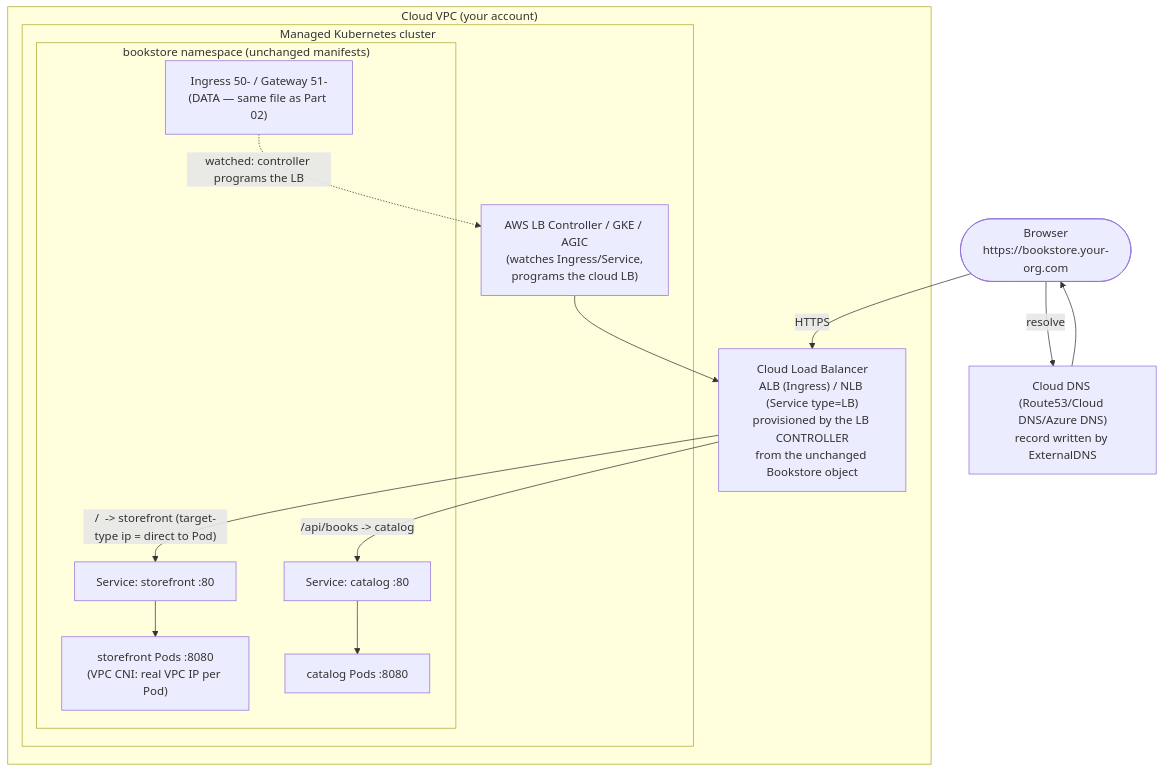
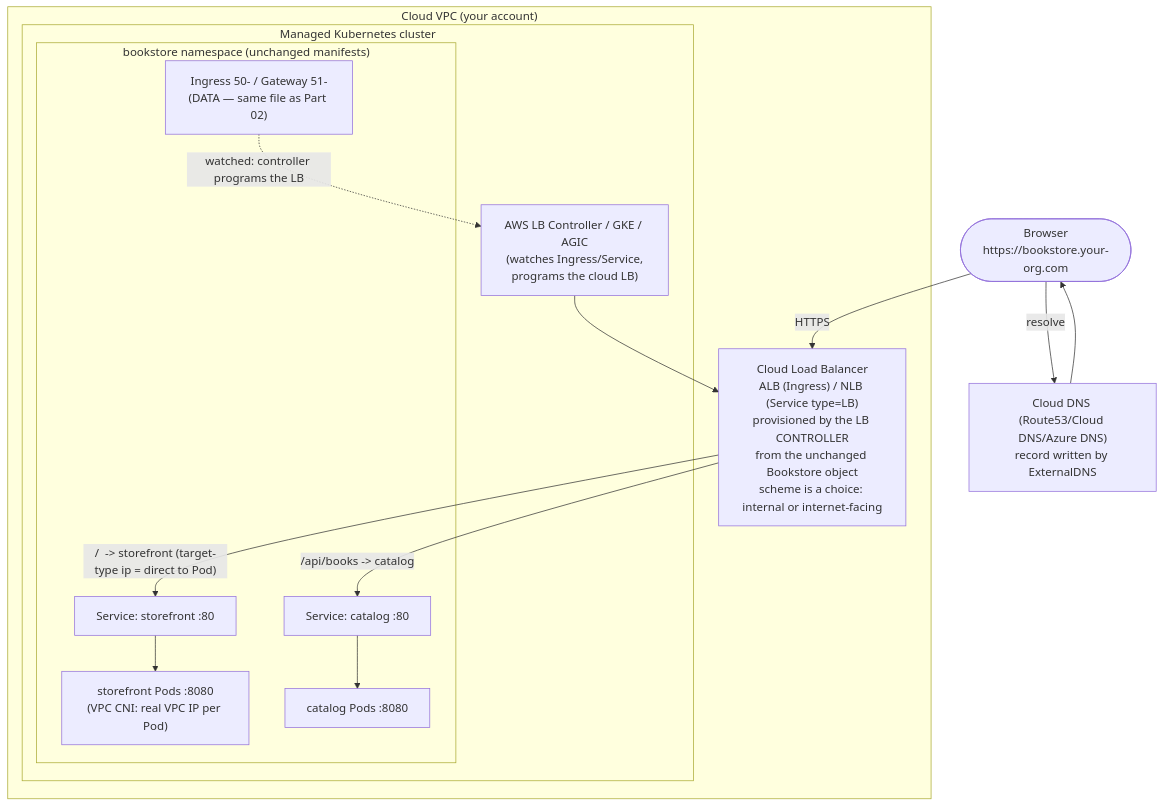
Before and after one commit to abd-ulbasit/bookstore-kubernetes-guide: the diagram in full-guide/10-cloud-and-managed-kubernetes/04-cloud-networking-and-load-balancing.md, drawn with Mermaid. The commit also changed other lines of this file and 1 other file, not shown here.

First line of the commit message:
security-first: 10.04 cloud networking and load balancing

````diff
--- a/full-guide/10-cloud-and-managed-kubernetes/04-cloud-networking-and-load-balancing.md
+++ b/full-guide/10-cloud-and-managed-kubernetes/04-cloud-networking-and-load-balancing.md
@@ -118,26 +136,26 @@
 ```mermaid
 flowchart TB
     usr(["Browser<br/>https://bookstore.your-org.com"])
     dns["Cloud DNS (Route53/Cloud DNS/Azure DNS)<br/>record written by ExternalDNS"]
 
     subgraph cloud["Cloud VPC (your account)"]
-        lb["Cloud Load Balancer<br/>ALB (Ingress) / NLB (Service type=LB)<br/>provisioned by the LB CONTROLLER<br/>from the unchanged Bookstore object"]
+        lb["Cloud Load Balancer<br/>ALB (Ingress) / NLB (Service type=LB)<br/>provisioned by the LB CONTROLLER<br/>from the unchanged Bookstore object<br/>scheme is a choice: internal or internet-facing"]
         subgraph k8s["Managed Kubernetes cluster"]
             ctrl["AWS LB Controller / GKE / AGIC<br/>(watches Ingress/Service,<br/>programs the cloud LB)"]
             subgraph ns["bookstore namespace (unchanged manifests)"]
                 ingobj["Ingress 50- / Gateway 51-<br/>(DATA — same file as Part 02)"]
                 ssf["Service: storefront :80"]
                 psf["storefront Pods :8080<br/>(VPC CNI: real VPC IP per Pod)"]
                 scat["Service: catalog :80"]
                 pcat["catalog Pods :8080"]
             end
         end
     end
 
     usr -->|resolve| dns --> usr
     usr -->|HTTPS| lb
     ingobj -.->|"watched: controller programs the LB"| ctrl
     ctrl --> lb
     lb -->|"/  -> storefront (target-type ip = direct to Pod)"| ssf --> psf
     lb -->|"/api/books -> catalog"| scat --> pcat
 ```
````
